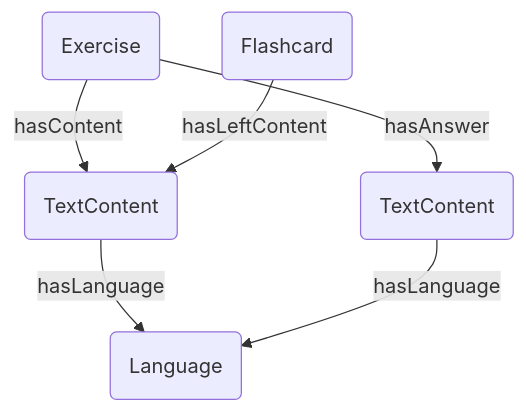
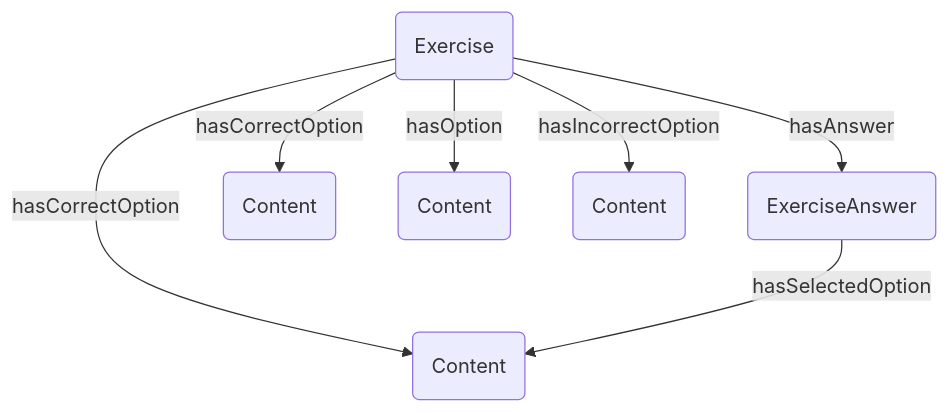
Before and after one commit to Explik/diybirdyapp: diagram 15 of 17 in docs/graph-representation.md, drawn with Mermaid. The commit also changed other lines of this file, not shown here.

Commit message:
Updating graph representation documentation before a larger refactor

````diff
--- a/docs/graph-representation.md
+++ b/docs/graph-representation.md
@@ -205,14 +234,16 @@
 ```mermaid
 graph TB
 Exercise(Exercise)
-Flashcard(Flashcard)
-TextContent1(TextContent)
-TextContent2A(TextContent)
-Language1(Language)
+ExerciseAnswer(ExerciseAnswer)
+AnyContent1(<T> Content)
+AnyContent2(<T> Content)
+AnyContent3(<T> Content)
+AnyContent4(<T> Content)
 
-Exercise--hasContent-->TextContent2A
-Flashcard--hasLeftContent-->TextContent2A
-TextContent2A--hasLanguage-->Language1
-Exercise--hasAnswer-->TextContent1
-TextContent1--hasLanguage-->Language1
+Exercise--hasCorrectOption-->AnyContent1
+Exercise--hasCorrectOption-->AnyContent2
+Exercise--hasOption-->AnyContent3
+Exercise--hasIncorrectOption-->AnyContent4
+Exercise--hasAnswer-->ExerciseAnswer
+ExerciseAnswer--hasSelectedOption-->AnyContent1
 ```
````
